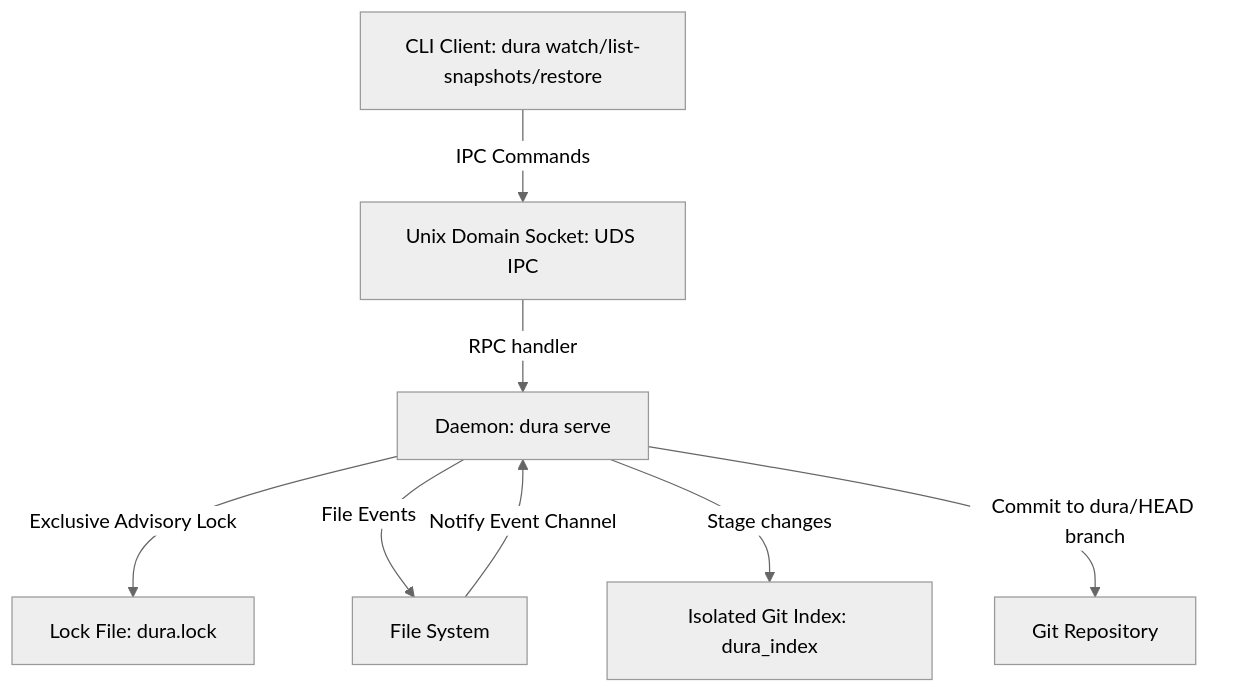
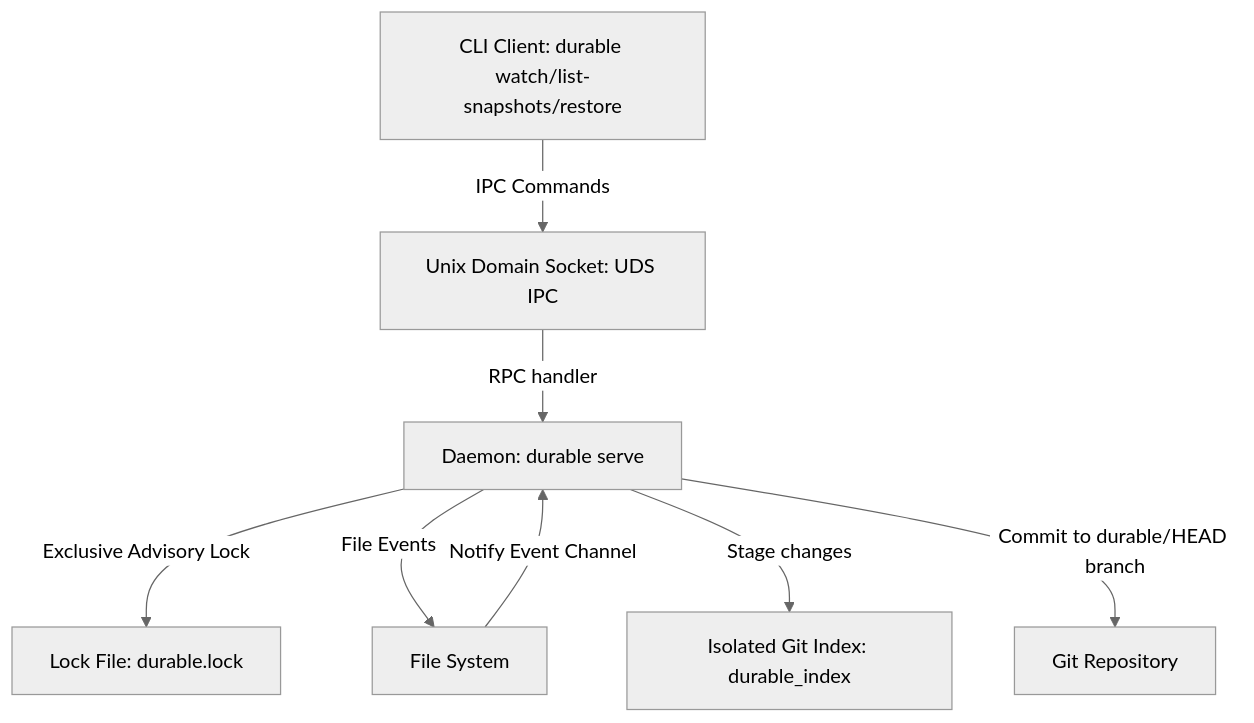
The diagram in docs/developer_guide.md (PJC-64/endur), drawn with Mermaid (neutral theme) before and after one commit. The commit also changed other lines of this file and 21 other files, not shown here.

````diff
--- a/docs/developer_guide.md
+++ b/docs/developer_guide.md
@@ -11,18 +11,18 @@
 ```mermaid
 graph TD
-    Client[CLI Client: dura watch/list-snapshots/restore]
-    Daemon[Daemon: dura serve]
-    LockFile[Lock File: dura.lock]
+    Client[CLI Client: durable watch/list-snapshots/restore]
+    Daemon[Daemon: durable serve]
+    LockFile[Lock File: durable.lock]
     UDS[Unix Domain Socket: UDS IPC]
     FS[File System]
-    Index[Isolated Git Index: dura_index]
+    Index[Isolated Git Index: durable_index]
     Repo[Git Repository]
 
     Client -->|IPC Commands| UDS
     UDS -->|RPC handler| Daemon
     Daemon -->|Exclusive Advisory Lock| LockFile
     Daemon -->|File Events| FS
     FS -->|Notify Event Channel| Daemon
     Daemon -->|Stage changes| Index
-    Daemon -->|Commit to dura/HEAD branch| Repo
+    Daemon -->|Commit to durable/HEAD branch| Repo
 ```
````
